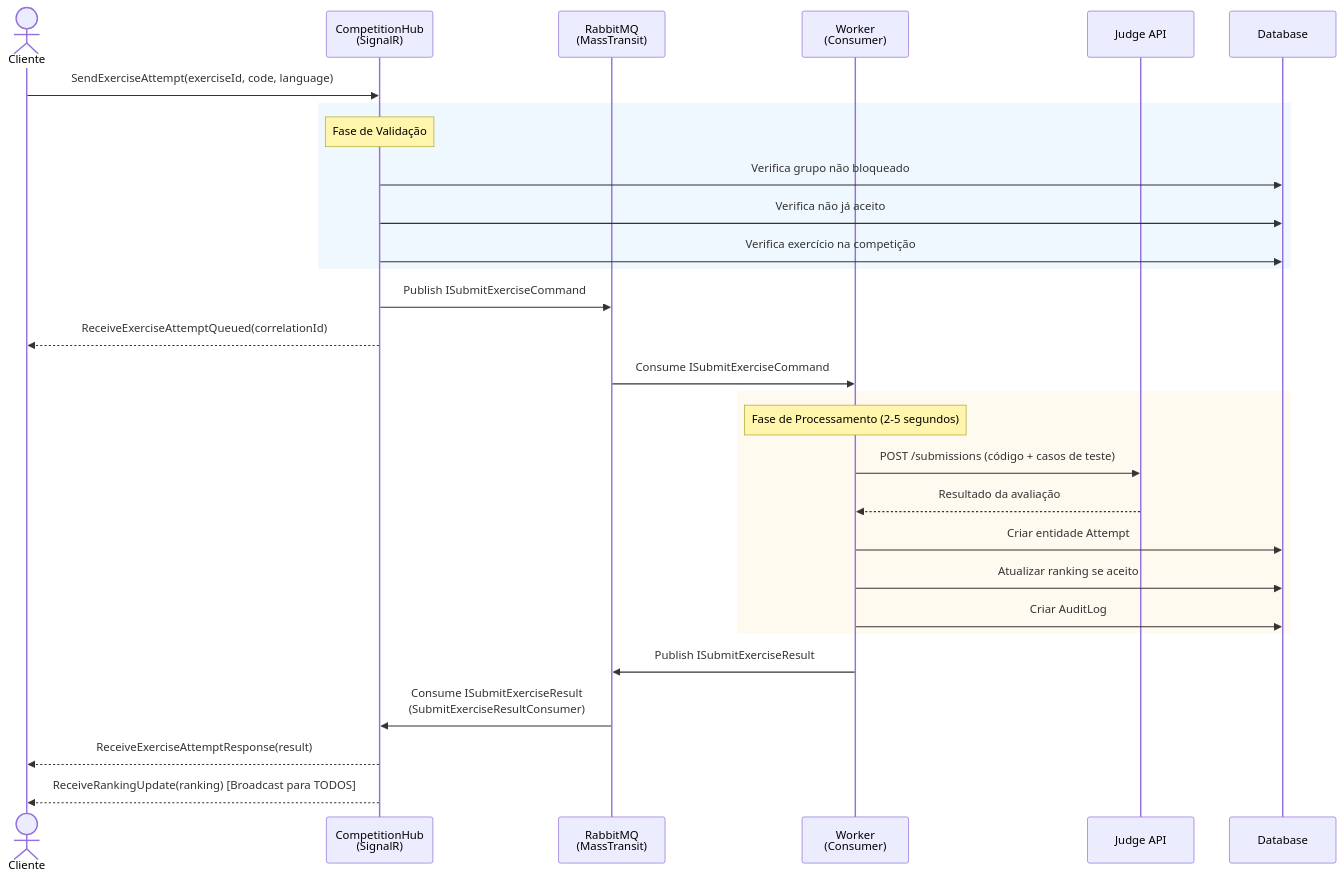
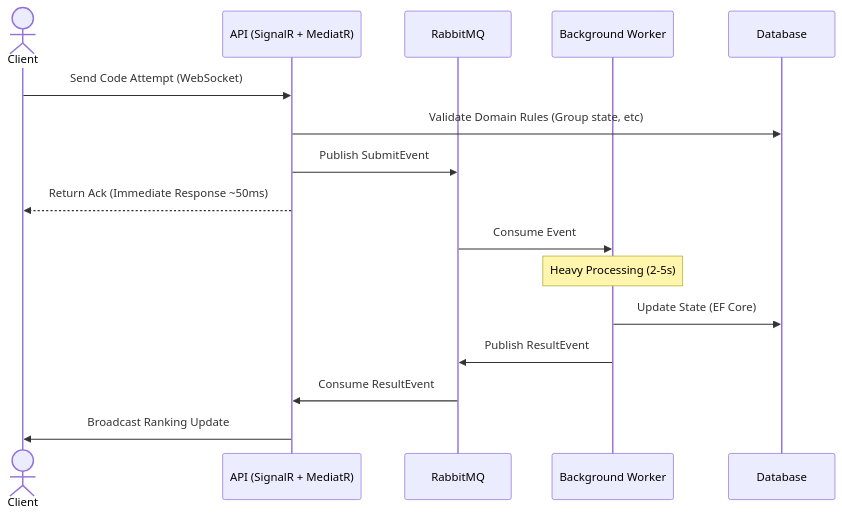
One commit to rafael135/FalconApiReborn changed the diagram in README.pt-br.md. Above: the diagram before and after it, drawn with Mermaid. The commit also changed other lines of this file, not shown here.

````diff
--- a/README.pt-br.md
+++ b/README.pt-br.md
@@ -191,38 +42,21 @@
 ```mermaid
 sequenceDiagram
-    actor Cliente
-    participant Hub as CompetitionHub<br/>(SignalR)
-    participant RMQ as RabbitMQ<br/>(MassTransit)
-    participant Worker as Worker<br/>(Consumer)
-    participant Judge as Judge API
+    actor Client
+    participant API as API (SignalR + MediatR)
+    participant RMQ as RabbitMQ
+    participant Worker as Background Worker
     participant DB as Database
 
-    Cliente->>Hub: SendExerciseAttempt(exerciseId, code, language)
+    Client->>API: Send Code Attempt (WebSocket)
+    API->>DB: Validate Domain Rules (Group state, etc)
+    API->>RMQ: Publish SubmitEvent
+    API-->>Client: Return Ack (Immediate Response ~50ms)
     
-    rect rgb(240, 248, 255)
-        Note over Hub: Fase de Validação
-        Hub->>DB: Verifica grupo não bloqueado
-        Hub->>DB: Verifica não já aceito
-        Hub->>DB: Verifica exercício na competição
-    end
+    RMQ->>Worker: Consume Event
+    Note over Worker: Heavy Processing (2-5s)
+    Worker->>DB: Update State (EF Core)
+    Worker->>RMQ: Publish ResultEvent
     
-    Hub->>RMQ: Publish ISubmitExerciseCommand
-    Hub-->>Cliente: ReceiveExerciseAttemptQueued(correlationId)
-    
-    RMQ->>Worker: Consume ISubmitExerciseCommand
-    
-    rect rgb(255, 250, 240)
-        Note over Worker: Fase de Processamento (2-5 segundos)
-        Worker->>Judge: POST /submissions (código + casos de teste)
-        Judge-->>Worker: Resultado da avaliação
-        Worker->>DB: Criar entidade Attempt
-        Worker->>DB: Atualizar ranking se aceito
-        Worker->>DB: Criar AuditLog
-    end
-    
-    Worker->>RMQ: Publish ISubmitExerciseResult
-    RMQ->>Hub: Consume ISubmitExerciseResult<br/>(SubmitExerciseResultConsumer)
-    
-    Hub-->>Cliente: ReceiveExerciseAttemptResponse(result)
-    Hub-->>Cliente: ReceiveRankingUpdate(ranking) [Broadcast para TODOS]
+    RMQ->>API: Consume ResultEvent
+    API->>Client: Broadcast Ranking Update
 ```
````
